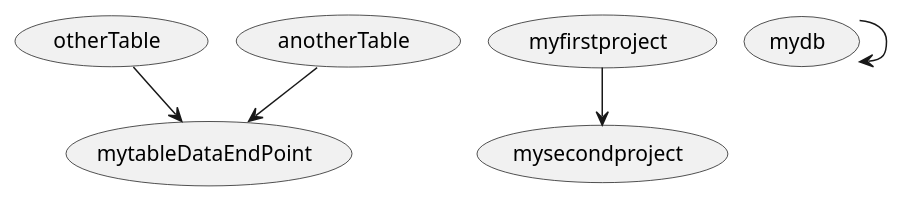
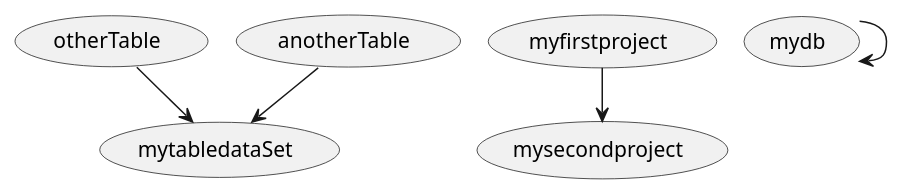
Before and after one commit to zaytsevdmitry/lakehouse: the third of 4 diagrams in doc/dataProcessConfig.MD, drawn with PlantUML. The commit also changed other lines of this file and 57 other files, not shown here.

````diff
--- a/doc/dataProcessConfig.MD
+++ b/doc/dataProcessConfig.MD
@@ -144,7 +146,7 @@
 ```plantuml
 !pragma layout smetana
-(otherTable) --> (mytableDataEndPoint)
-(anotherTable) --> (mytableDataEndPoint)
+(otherTable) --> (mytabledataSet)
+(anotherTable) --> (mytabledataSet)
 (myfirstproject)-->(mysecondproject)
 (mydb)-->(mydb)
 ```
````
